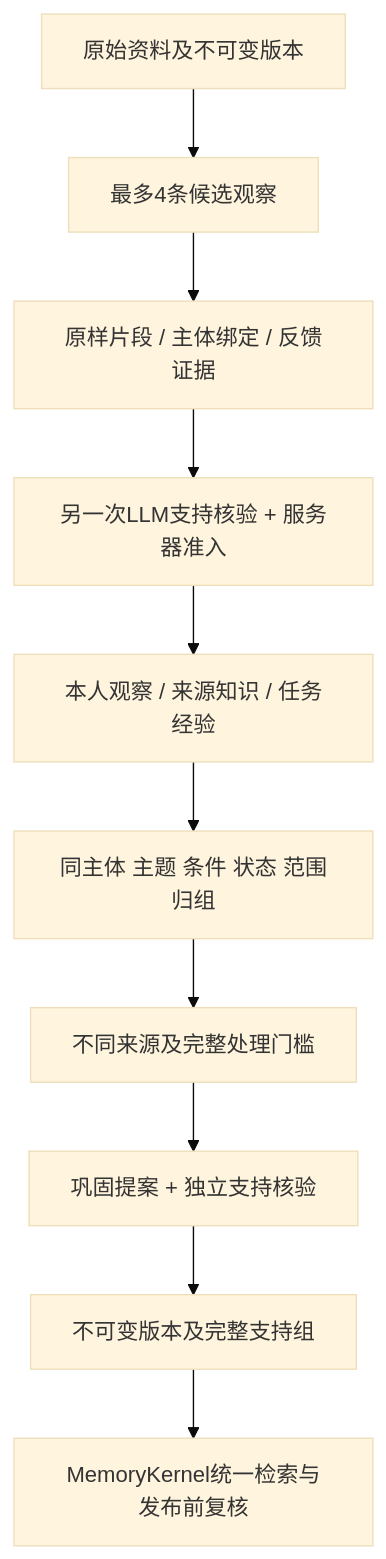
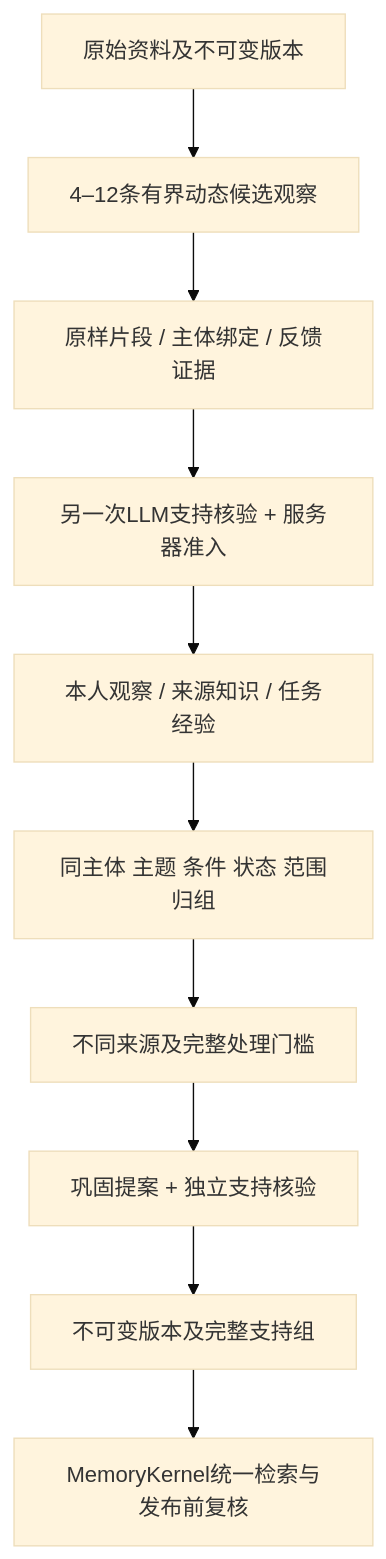
The diagram in docs/implemented/文本解析与跨资料记忆形成.md (ZJ331456/Memoria), drawn with Mermaid (base theme) before and after one commit. The commit also changed other lines of this file and 20 other files, not shown here.

````diff
--- a/docs/implemented/文本解析与跨资料记忆形成.md
+++ b/docs/implemented/文本解析与跨资料记忆形成.md
@@ -44,12 +44,12 @@
 ```mermaid
 flowchart TD
-    A[原始资料及不可变版本] --> B[最多4条候选观察]
+    A[原始资料及不可变版本] --> B[4–12条有界动态候选观察]
     B --> C[原样片段 / 主体绑定 / 反馈证据]
     C --> D[另一次LLM支持核验 + 服务器准入]
     D --> E[本人观察 / 来源知识 / 任务经验]
     E --> F[同主体 主题 条件 状态 范围归组]
     F --> G[不同来源及完整处理门槛]
     G --> H[巩固提案 + 独立支持核验]
     H --> I[不可变版本及完整支持组]
     I --> J[MemoryKernel统一检索与发布前复核]
 ```
````
